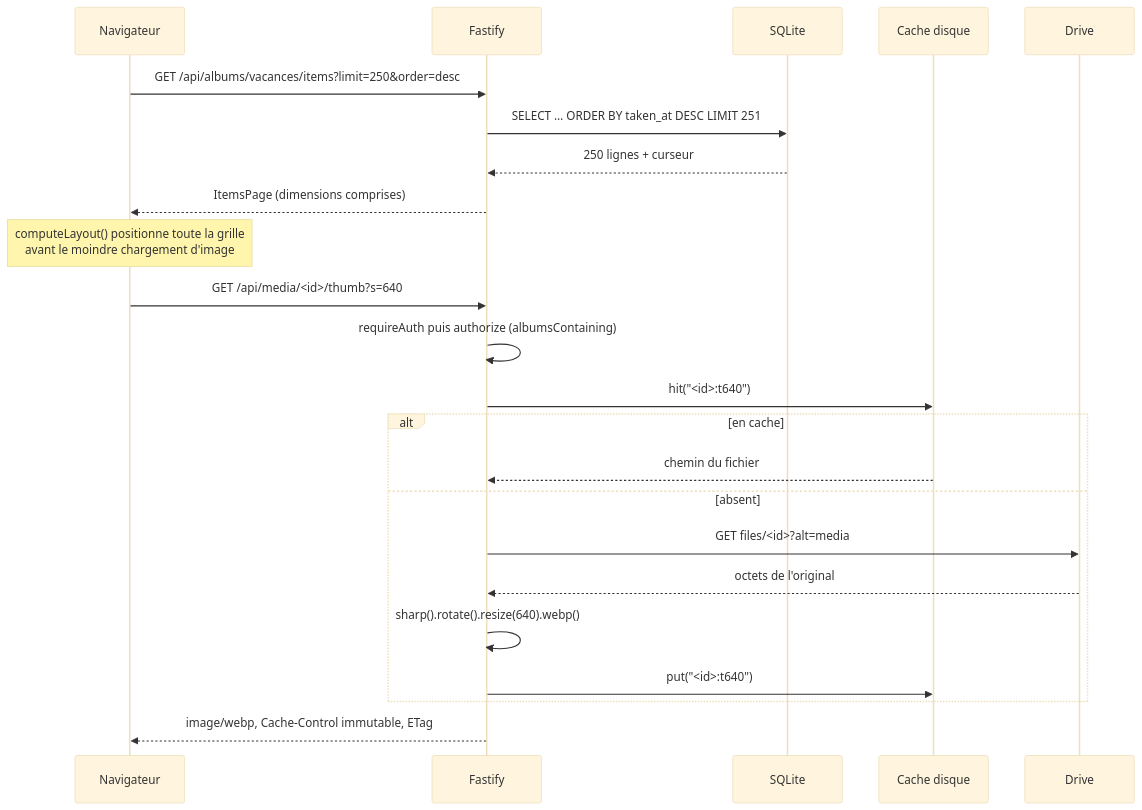
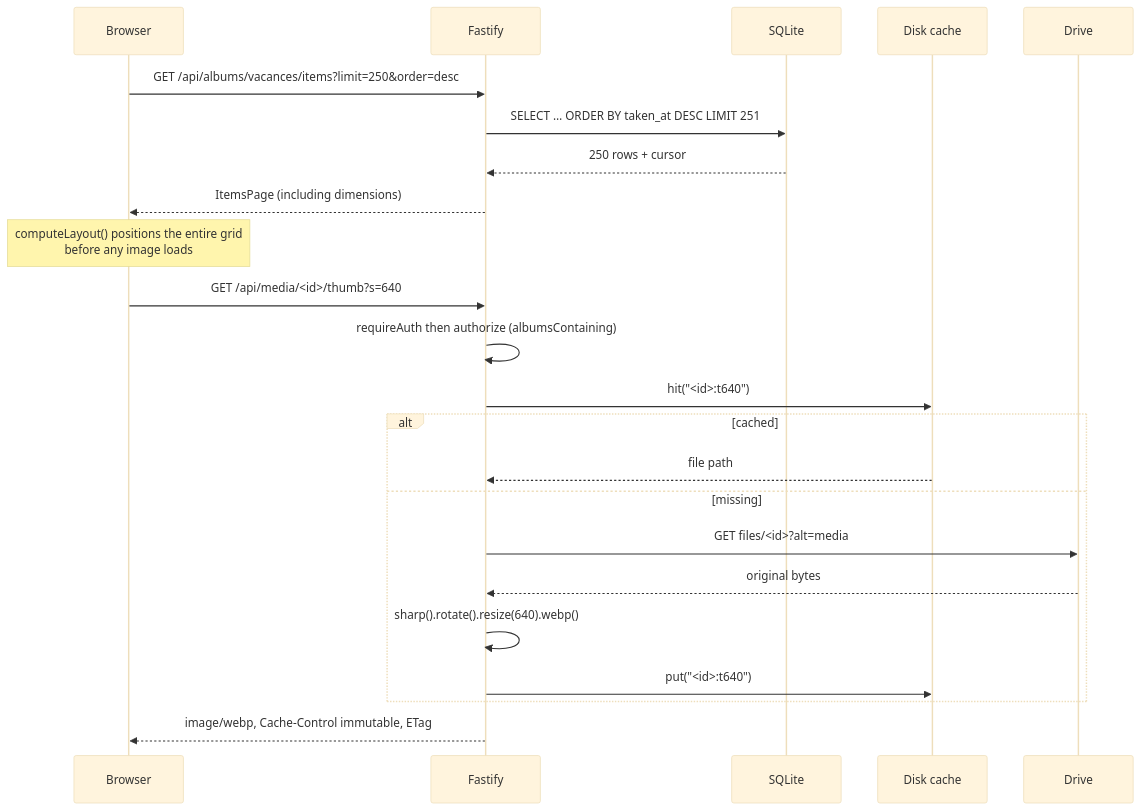
One commit to cr0cK/lukarn changed the second of 2 diagrams in specs/02-architecture.md. Above: the diagram before and after it, drawn with Mermaid (base theme). The commit also changed other lines of this file and 344 other files, not shown here.

````diff
--- a/specs/02-architecture.md
+++ b/specs/02-architecture.md
@@ -60,26 +61,26 @@
 ```mermaid
 sequenceDiagram
-  participant N as Navigateur
+  participant N as Browser
   participant F as Fastify
   participant D as SQLite
-  participant C as Cache disque
+  participant C as Disk cache
   participant G as Drive
 
   N->>F: GET /api/albums/vacances/items?limit=250&order=desc
   F->>D: SELECT … ORDER BY taken_at DESC LIMIT 251
-  D-->>F: 250 lignes + curseur
-  F-->>N: ItemsPage (dimensions comprises)
-  Note over N: computeLayout() positionne toute la grille<br/>avant le moindre chargement d'image
+  D-->>F: 250 rows + cursor
+  F-->>N: ItemsPage (including dimensions)
+  Note over N: computeLayout() positions the entire grid<br/>before any image loads
   N->>F: GET /api/media/<id>/thumb?s=640
-  F->>F: requireAuth puis authorize (albumsContaining)
+  F->>F: requireAuth then authorize (albumsContaining)
   F->>C: hit("<id>:t640")
-  alt en cache
-    C-->>F: chemin du fichier
-  else absent
+  alt cached
+    C-->>F: file path
+  else missing
     F->>G: GET files/<id>?alt=media
-    G-->>F: octets de l'original
+    G-->>F: original bytes
     F->>F: sharp().rotate().resize(640).webp()
     F->>C: put("<id>:t640")
   end
   F-->>N: image/webp, Cache-Control immutable, ETag
 ```
````
